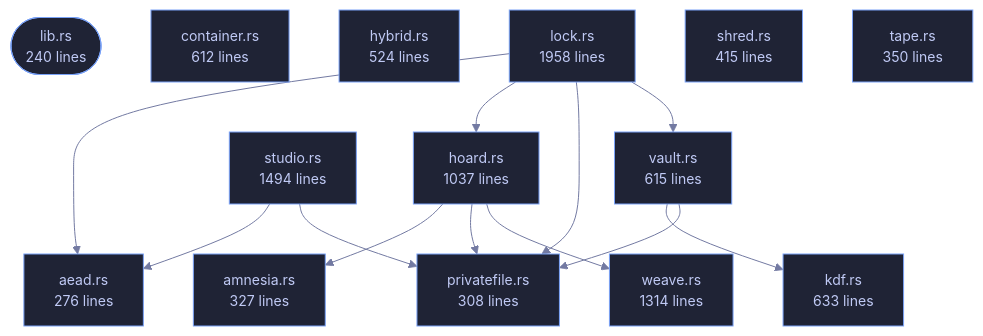
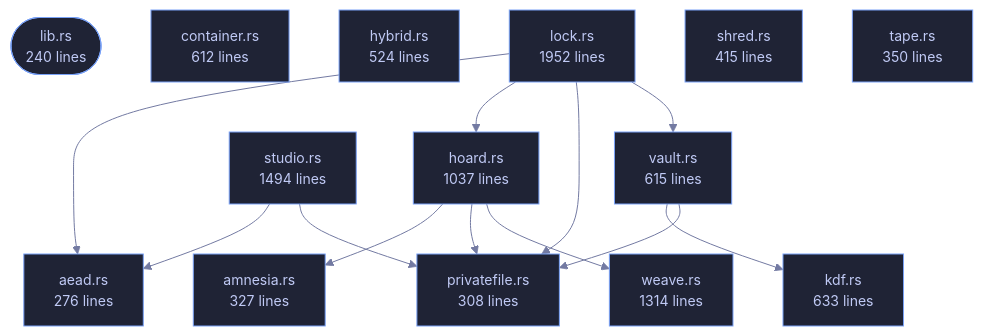
One commit to tilas01/veilvoice changed the diagram in crates/veilvoice-crypto/README.md. Above: the diagram before and after it, drawn with Mermaid. The commit also changed other lines of this file and 59 other files, not shown here.

````diff
--- a/crates/veilvoice-crypto/README.md
+++ b/crates/veilvoice-crypto/README.md
@@ -108,43 +108,43 @@
 ```mermaid
 %%{init: {"theme":"base","themeVariables":{"background":"#1a1b26","primaryColor":"#1f2335","primaryTextColor":"#c0caf5","primaryBorderColor":"#7aa2f7","secondaryColor":"#16161e","tertiaryColor":"#16161e","lineColor":"#737aa2","textColor":"#c0caf5","mainBkg":"#1f2335","nodeBorder":"#7aa2f7","clusterBkg":"#16161e","clusterBorder":"#2f3549","fontFamily":"ui-monospace, SFMono-Regular, Consolas, monospace","fontSize":"14px"}}}%%
 flowchart TD
     n_lib(["lib.rs<br/>240 lines"])
     n_aead["aead.rs<br/>276 lines"]
     n_amnesia["amnesia.rs<br/>327 lines"]
     n_container["container.rs<br/>612 lines"]
     n_hoard["hoard.rs<br/>1037 lines"]
     n_hybrid["hybrid.rs<br/>524 lines"]
     n_kdf["kdf.rs<br/>633 lines"]
-    n_lock["lock.rs<br/>1958 lines"]
+    n_lock["lock.rs<br/>1952 lines"]
     n_privatefile["privatefile.rs<br/>308 lines"]
     n_shred["shred.rs<br/>415 lines"]
     n_studio["studio.rs<br/>1494 lines"]
     n_tape["tape.rs<br/>350 lines"]
     n_vault["vault.rs<br/>615 lines"]
     n_weave["weave.rs<br/>1314 lines"]
     n_hoard --> n_amnesia
     n_hoard --> n_privatefile
     n_hoard --> n_weave
     n_lock --> n_aead
     n_lock --> n_hoard
     n_lock --> n_privatefile
     n_lock --> n_vault
     n_studio --> n_aead
     n_studio --> n_privatefile
     n_vault --> n_kdf
     n_vault --> n_privatefile
     click n_lib href "https://github.com/tilas01/veilvoice/blob/main/crates/veilvoice-crypto/src/lib.rs" "open the source"
     click n_aead href "https://github.com/tilas01/veilvoice/blob/main/crates/veilvoice-crypto/src/aead.rs" "open the source"
     click n_amnesia href "https://github.com/tilas01/veilvoice/blob/main/crates/veilvoice-crypto/src/amnesia.rs" "open the source"
     click n_container href "https://github.com/tilas01/veilvoice/blob/main/crates/veilvoice-crypto/src/container.rs" "open the source"
     click n_hoard href "https://github.com/tilas01/veilvoice/blob/main/crates/veilvoice-crypto/src/hoard.rs" "open the source"
     click n_hybrid href "https://github.com/tilas01/veilvoice/blob/main/crates/veilvoice-crypto/src/hybrid.rs" "open the source"
     click n_kdf href "https://github.com/tilas01/veilvoice/blob/main/crates/veilvoice-crypto/src/kdf.rs" "open the source"
     click n_lock href "https://github.com/tilas01/veilvoice/blob/main/crates/veilvoice-crypto/src/lock.rs" "open the source"
     click n_privatefile href "https://github.com/tilas01/veilvoice/blob/main/crates/veilvoice-crypto/src/privatefile.rs" "open the source"
     click n_shred href "https://github.com/tilas01/veilvoice/blob/main/crates/veilvoice-crypto/src/shred.rs" "open the source"
     click n_studio href "https://github.com/tilas01/veilvoice/blob/main/crates/veilvoice-crypto/src/studio.rs" "open the source"
     click n_tape href "https://github.com/tilas01/veilvoice/blob/main/crates/veilvoice-crypto/src/tape.rs" "open the source"
     click n_vault href "https://github.com/tilas01/veilvoice/blob/main/crates/veilvoice-crypto/src/vault.rs" "open the source"
     click n_weave href "https://github.com/tilas01/veilvoice/blob/main/crates/veilvoice-crypto/src/weave.rs" "open the source"
 ```
````
